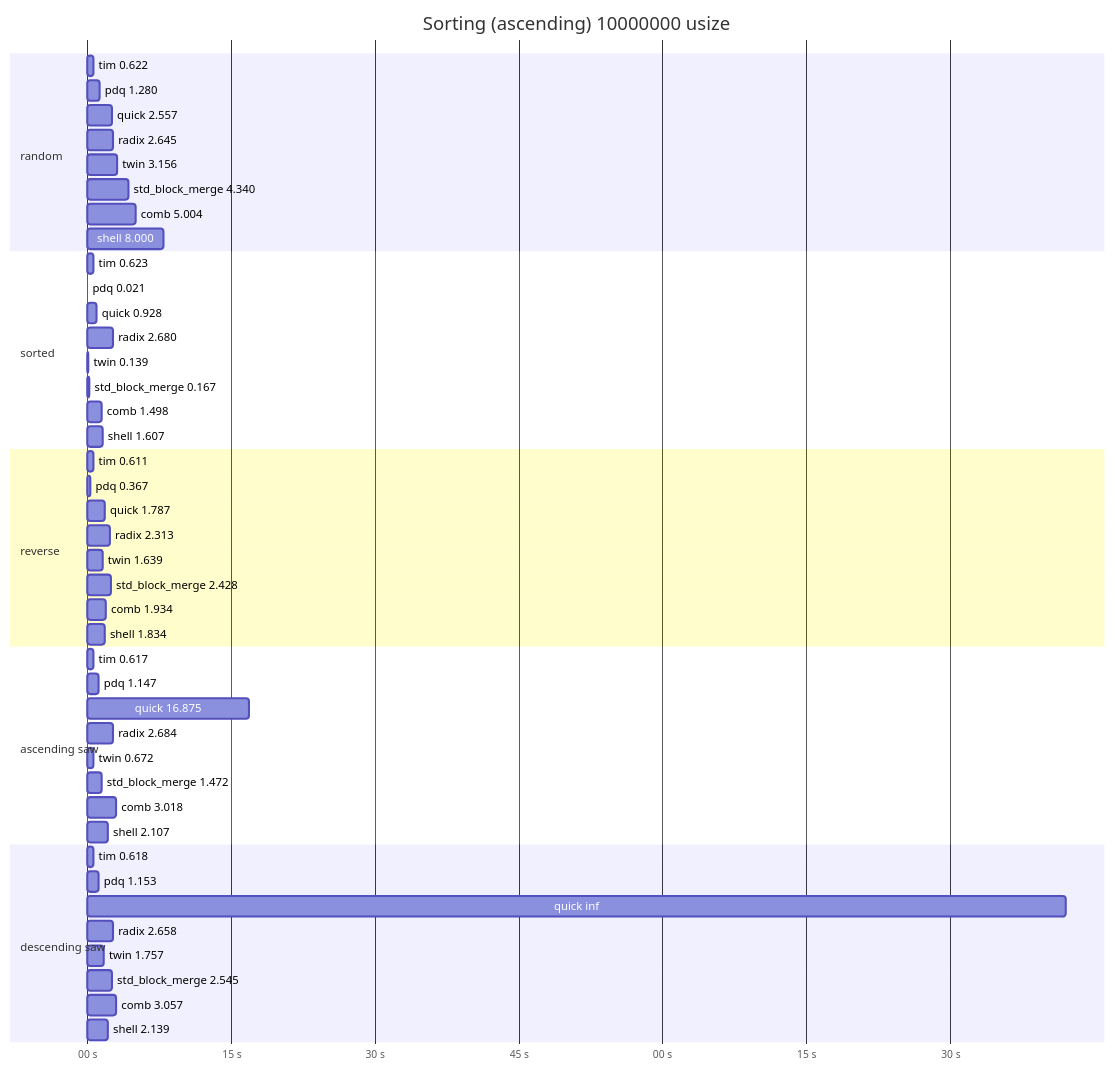
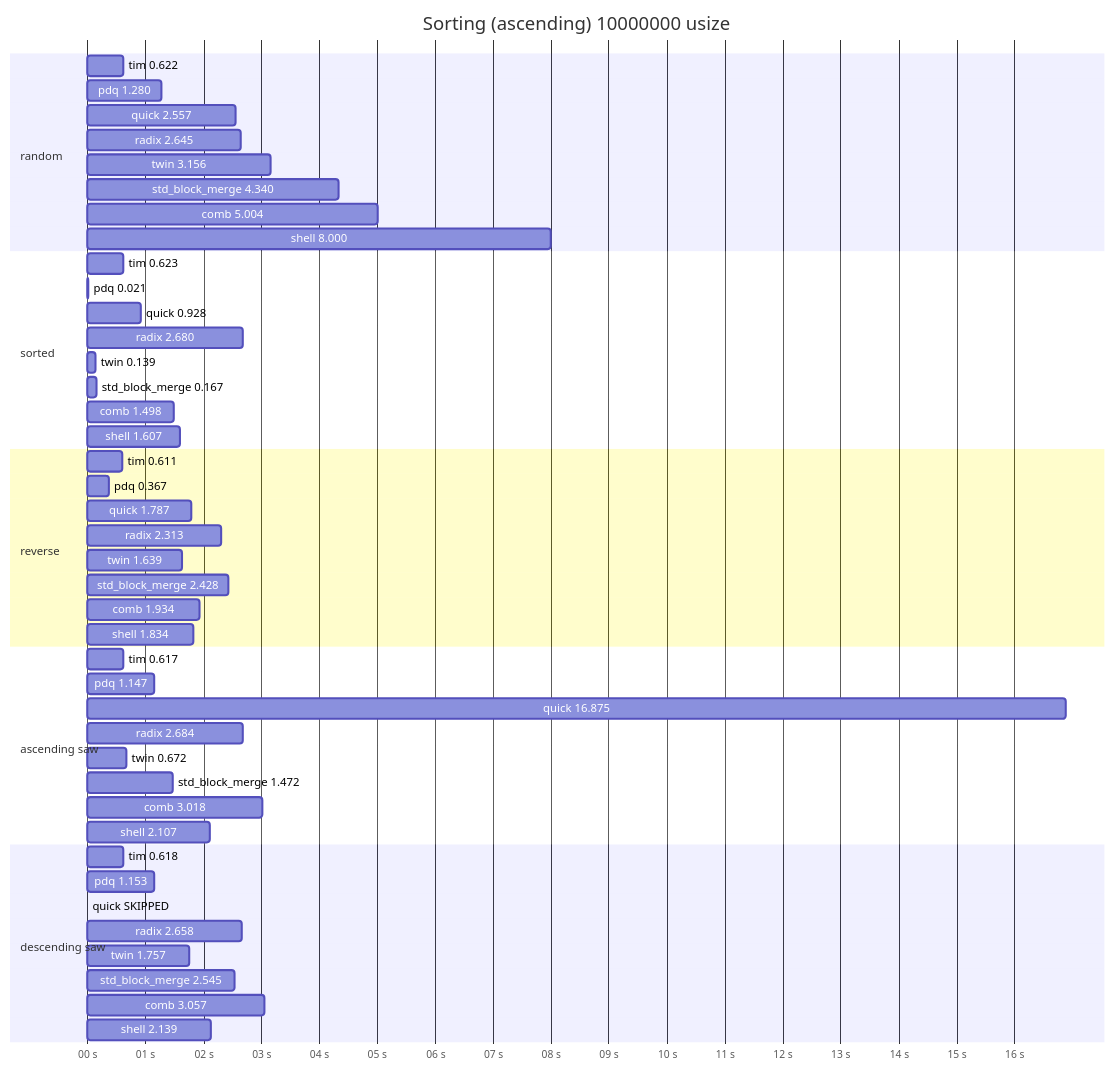
Before and after one commit to alichraghi/zort: the first of 5 diagrams in README.md, drawn with Mermaid. The commit also changed other lines of this file, not shown here.

Commit message:
fixup! update Rpi4 benchmark results

````diff
--- a/README.md
+++ b/README.md
@@ -40,51 +40,51 @@
 ```mermaid
 gantt
     title Sorting (ascending) 10000000 usize
     dateFormat x
     axisFormat %S s
     section random
     tim 0.622: 0,622
     pdq 1.280: 0,1280
     quick 2.557: 0,2555
     radix 2.645: 0,2643
     twin 3.156: 0,3156
     std_block_merge 4.340: 0,4339
     comb 5.004: 0,5004
     shell 8.000: 0,8001
     section sorted
     tim 0.623: 0,623
     pdq 0.021: 0,21
     quick 0.928: 0,928
     radix 2.680: 0,2681
     twin 0.139: 0,139
     std_block_merge 0.167: 0,167
     comb 1.498: 0,1498
     shell 1.607: 0,1607
     section reverse
     tim 0.611: 0,611
     pdq 0.367: 0,367
     quick 1.787: 0,1787
     radix 2.313: 0,2311
     twin 1.639: 0,1639
     std_block_merge 2.428: 0,2429
     comb 1.934: 0,1934
     shell 1.834: 0,1834
     section ascending saw
     tim 0.617: 0,617
     pdq 1.147: 0,1147
     quick 16.875: 0,16887
     radix 2.684: 0,2684
     twin 0.672: 0,672
     std_block_merge 1.472: 0,1472
     comb 3.018: 0,3018
     shell 2.107: 0,2107
     section descending saw
     tim 0.618: 0,618
     pdq 1.153: 0,1153
-    quick inf: 0,102074
+    quick SKIPPED: 0
     radix 2.658: 0,2658
     twin 1.757: 0,1757
     std_block_merge 2.545: 0,2543
     comb 3.057: 0,3056
     shell 2.139: 0,2138
 ```
````
